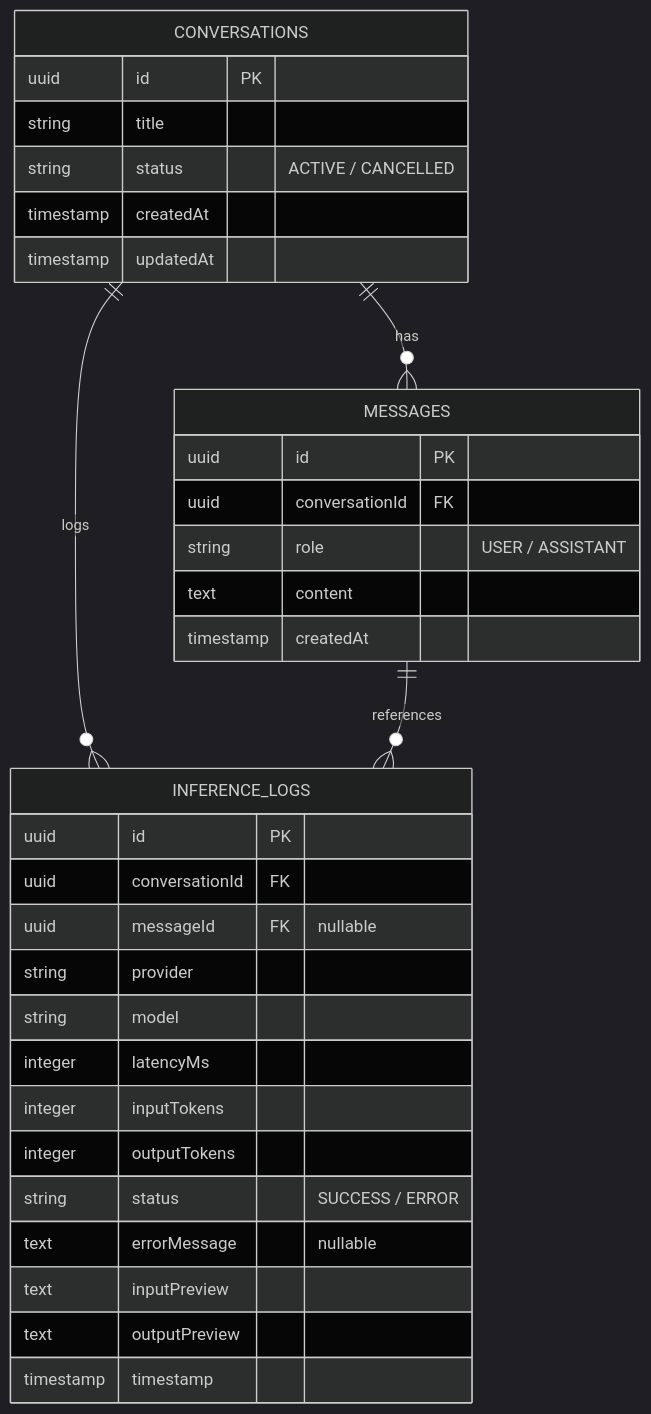
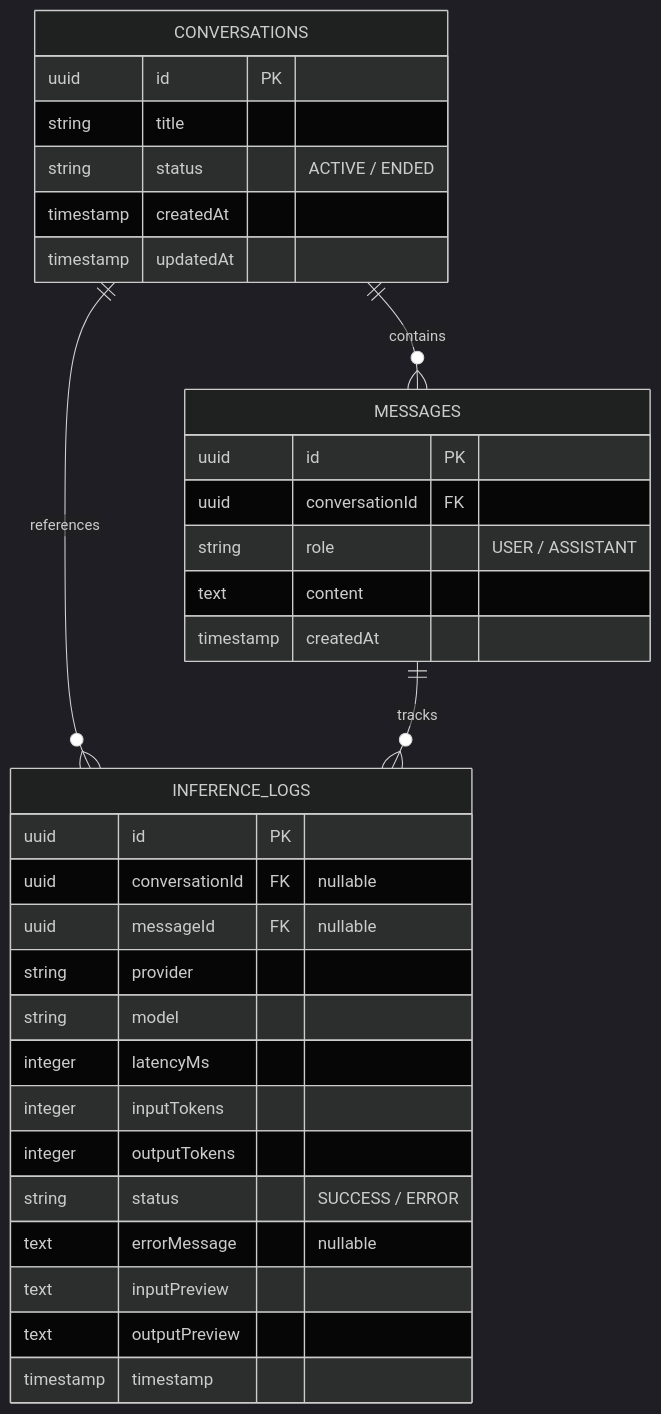
Before and after one commit to vishal814/fullstack-AI-Chatbot: the second of 2 diagrams in README.md, drawn with Mermaid (dark theme). The commit also changed other lines of this file, not shown here.

Commit message:
docs: update README.md with enterprise-grade architecture details

````diff
--- a/README.md
+++ b/README.md
@@ -40,36 +95,36 @@
 ```mermaid
 erDiagram
     CONVERSATIONS {
         uuid id PK
         string title
-        string status "ACTIVE / CANCELLED"
+        string status "ACTIVE / ENDED"
         timestamp createdAt
         timestamp updatedAt
     }
     MESSAGES {
         uuid id PK
         uuid conversationId FK
         string role "USER / ASSISTANT"
         text content
         timestamp createdAt
     }
     INFERENCE_LOGS {
         uuid id PK
-        uuid conversationId FK
+        uuid conversationId FK "nullable"
         uuid messageId FK "nullable"
         string provider
         string model
         integer latencyMs
         integer inputTokens
         integer outputTokens
         string status "SUCCESS / ERROR"
         text errorMessage "nullable"
         text inputPreview
         text outputPreview
         timestamp timestamp
     }
 
-    CONVERSATIONS ||--o{ MESSAGES : "has"
-    CONVERSATIONS ||--o{ INFERENCE_LOGS : "logs"
-    MESSAGES ||--o{ INFERENCE_LOGS : "references"
+    CONVERSATIONS ||--o{ MESSAGES : "contains"
+    CONVERSATIONS ||--o{ INFERENCE_LOGS : "references"
+    MESSAGES ||--o{ INFERENCE_LOGS : "tracks"
 ```
````
